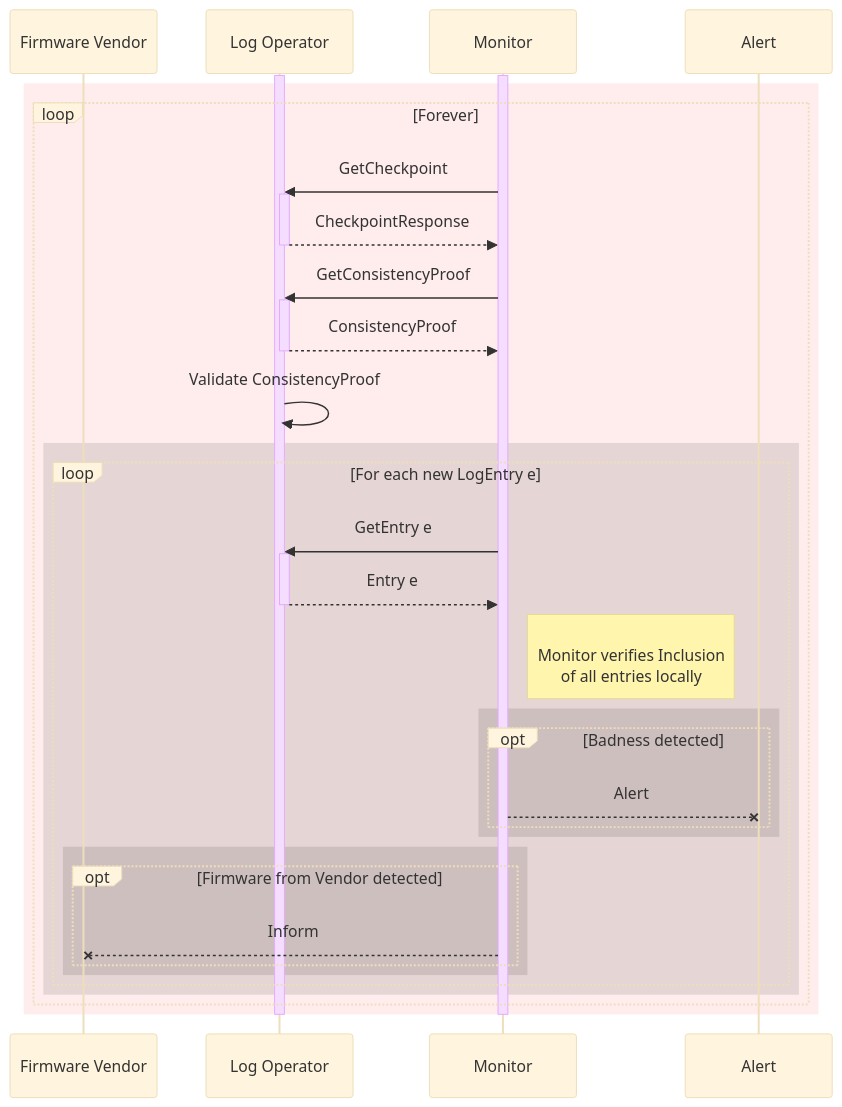
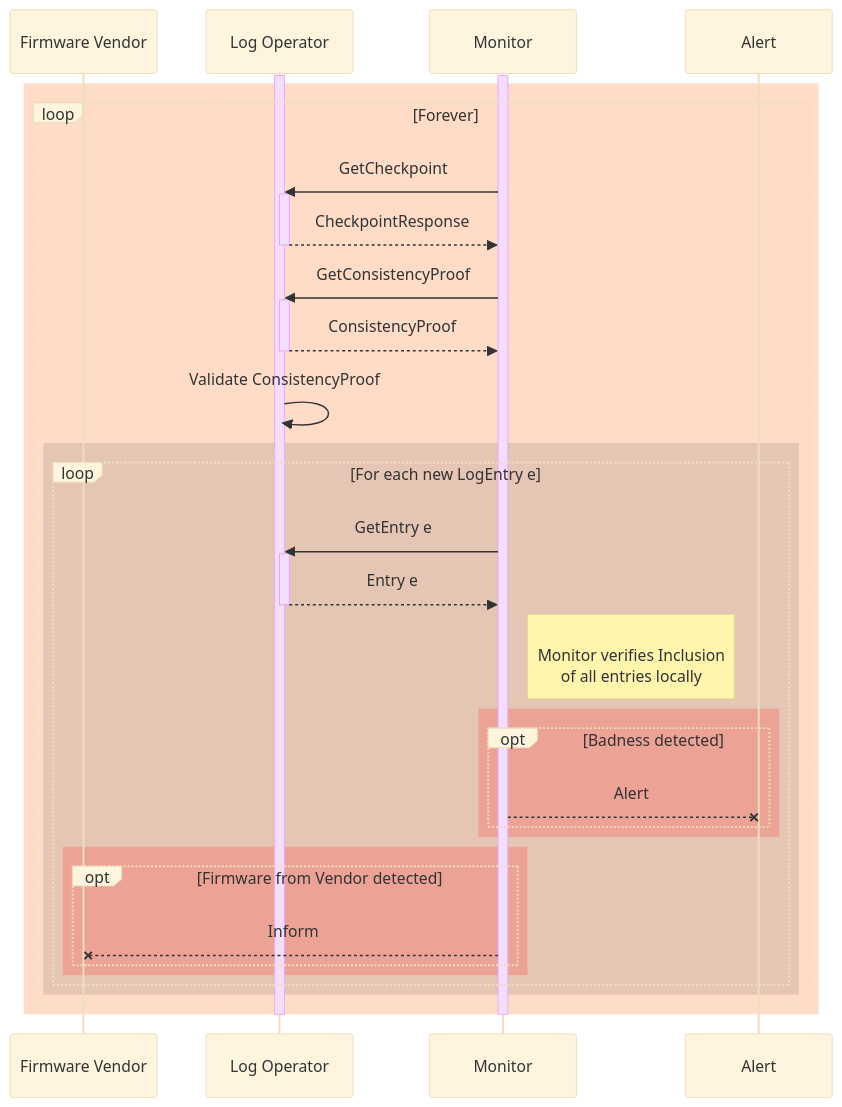
Before and after one commit to google/trillian-examples: the diagram in binary_transparency/firmware/docs/design/diagrams/fw_monitor.mmd, drawn with Mermaid (base theme). The commit also changed 5 other files, not shown here.

```diff
--- a/binary_transparency/firmware/docs/design/diagrams/fw_monitor.mmd
+++ b/binary_transparency/firmware/docs/design/diagrams/fw_monitor.mmd
@@ -1,38 +1,38 @@
 sequenceDiagram
     participant vendor as Firmware Vendor
     participant log as Log Operator
     participant monitor as Monitor
     participant alert as Alert
 
     activate log
     activate monitor
-    rect rgba(255,80,80,0.1)
+    rect rgba(255, 220, 200, 1)
         loop Forever
 
             monitor ->>+ log: GetCheckpoint
             log -->>- monitor: CheckpointResponse
             monitor ->>+ log: GetConsistencyProof
             log -->>- monitor: ConsistencyProof
             log ->> log: Validate ConsistencyProof
 
             rect rgba(0, 0, 0, 0.1)
                 loop For each new LogEntry e
                     monitor ->>+ log: GetEntry e
                     log -->>- monitor: Entry e
                     note right of monitor: <br> Monitor verifies Inclusion <br> of all entries locally
-                    rect rgba(1, 0, 0, 0.1)
+                    rect rgba(255,80,80,0.3)
                         opt Badness detected
                             monitor --X alert: Alert
                         end
                     end
-                    rect rgba(0, 0, 0, 0.1)
+                    rect rgba(255,80,80,0.3)
                         opt Firmware from Vendor detected
                             monitor --X vendor: Inform
                         end
                     end
                 end
             end
         end
     end
     deactivate monitor
     deactivate log 
```
